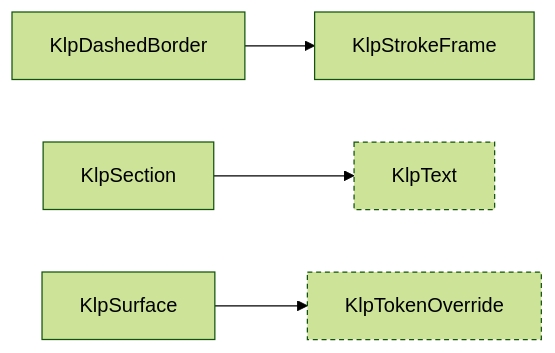
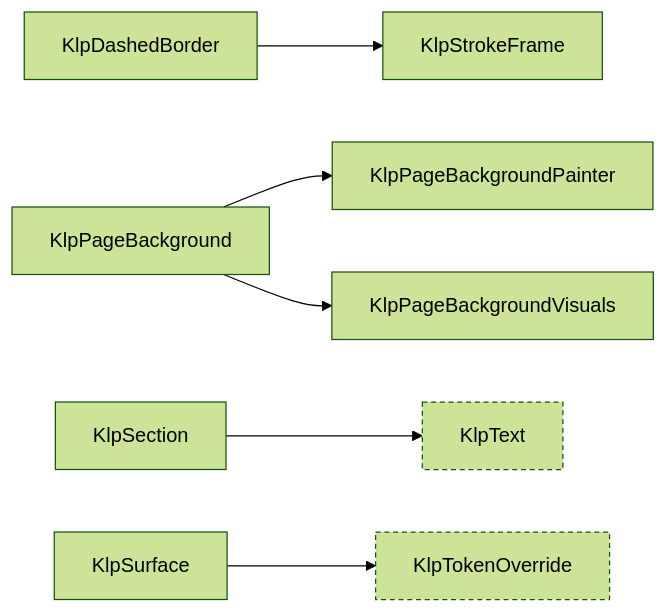
The fifth of 18 diagrams in spec/component-inventory.md (MiuDog/Kallopis), drawn with Mermaid (forest theme) before and after one commit. The commit also changed other lines of this file and 1105 other files, not shown here.

Commit message:
refactor: establish semantic design architecture

````diff
--- a/spec/component-inventory.md
+++ b/spec/component-inventory.md
@@ -267,13 +273,18 @@
 ```mermaid
 graph LR
   KlpDashedBorder["KlpDashedBorder"]
+  KlpPageBackground["KlpPageBackground"]
+  KlpPageBackgroundPainter["KlpPageBackgroundPainter"]
+  KlpPageBackgroundVisuals["KlpPageBackgroundVisuals"]
   KlpSection["KlpSection"]
   KlpStrokeFrame["KlpStrokeFrame"]
   KlpSurface["KlpSurface"]
   KlpText["KlpText"]:::external
   KlpTokenOverride["KlpTokenOverride"]:::external
   KlpDashedBorder --> KlpStrokeFrame
+  KlpPageBackground --> KlpPageBackgroundPainter
+  KlpPageBackground --> KlpPageBackgroundVisuals
   KlpSection --> KlpText
   KlpSurface --> KlpTokenOverride
   classDef external stroke-dasharray: 4 3;
 ```
````
